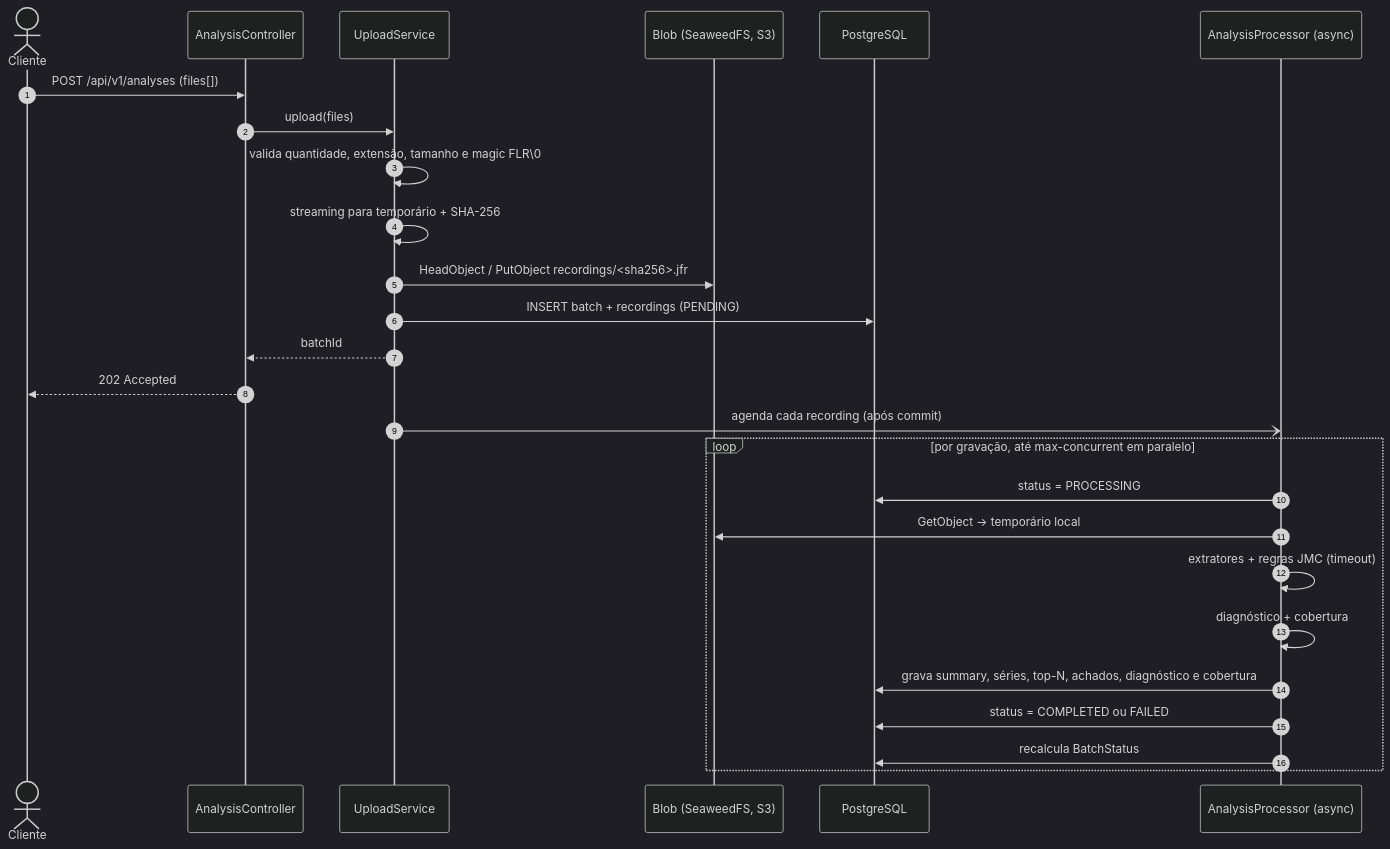
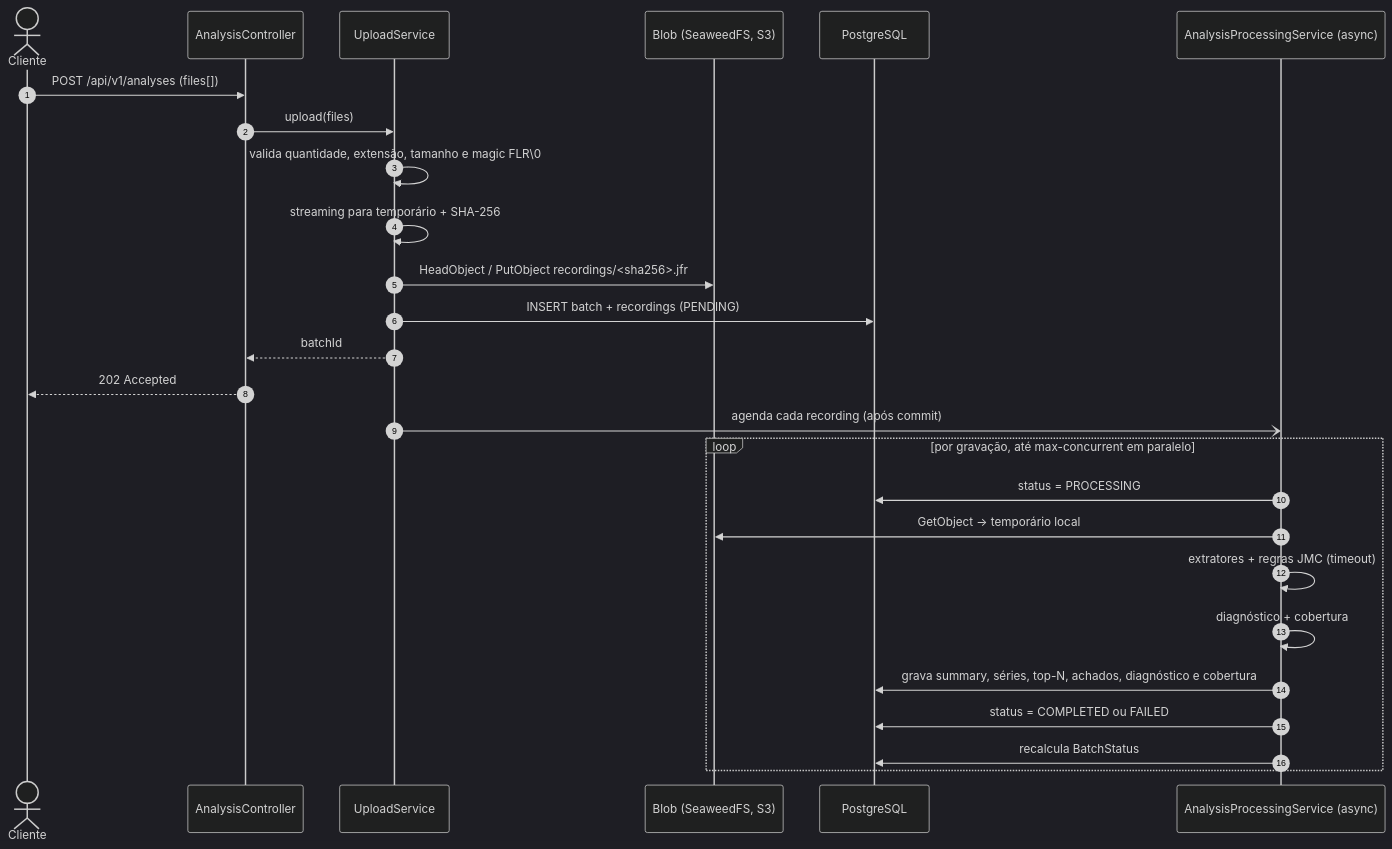
Before and after one commit to MaiconThales/jmc-ai-analyzer-api: the second of 2 diagrams in jmc-ai-analyzer-api/v0.1.0/02 Arquitetura.md, drawn with Mermaid (dark theme). The commit also changed other lines of this file and 242 other files, not shown here.

````diff
--- a/jmc-ai-analyzer-api/v0.1.0/02 Arquitetura.md
+++ b/jmc-ai-analyzer-api/v0.1.0/02 Arquitetura.md
@@ -115,29 +150,29 @@
 ```mermaid
 sequenceDiagram
     autonumber
     actor C as Cliente
     participant AC as AnalysisController
     participant US as UploadService
     participant FS as Blob (SeaweedFS, S3)
     participant DB as PostgreSQL
-    participant AP as AnalysisProcessor (async)
+    participant AP as AnalysisProcessingService (async)
 
     C->>AC: POST /api/v1/analyses (files[])
     AC->>US: upload(files)
     US->>US: valida quantidade, extensão, tamanho e magic FLR\0
     US->>US: streaming para temporário + SHA-256
     US->>FS: HeadObject / PutObject recordings/<sha256>.jfr
     US->>DB: INSERT batch + recordings (PENDING)
     US-->>AC: batchId
     AC-->>C: 202 Accepted
     US-)AP: agenda cada recording (após commit)
     loop por gravação, até max-concurrent em paralelo
         AP->>DB: status = PROCESSING
         AP->>FS: GetObject → temporário local
         AP->>AP: extratores + regras JMC (timeout)
         AP->>AP: diagnóstico + cobertura
         AP->>DB: grava summary, séries, top-N, achados, diagnóstico e cobertura
         AP->>DB: status = COMPLETED ou FAILED
         AP->>DB: recalcula BatchStatus
     end
 ```
````
